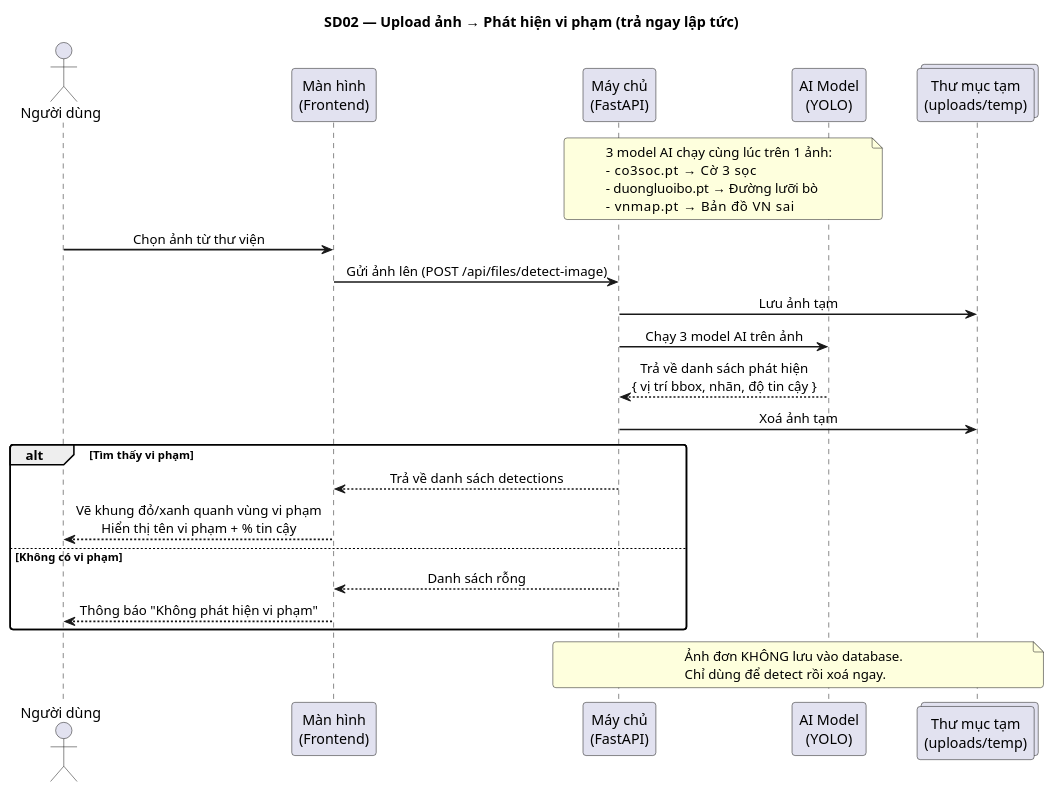
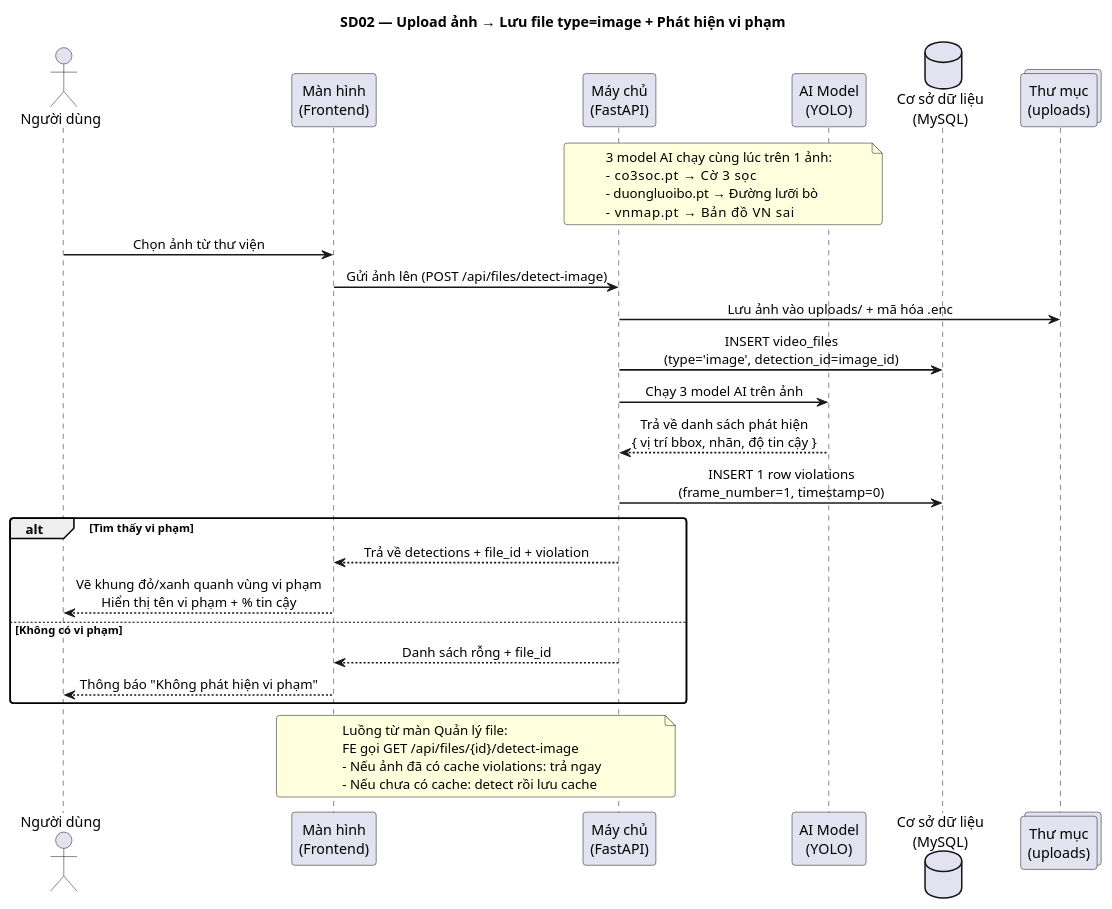
One commit to giangmichy/Do_an changed the second of 7 diagrams in 3SOC_Sequence_Diagrams_QA.puml. Above: the diagram before and after it, drawn with PlantUML. The commit also changed other lines of this file and 14 other files, not shown here.

```diff
--- a/3SOC_Sequence_Diagrams_QA.puml
+++ b/3SOC_Sequence_Diagrams_QA.puml
@@ -53,43 +53,47 @@
 @startuml SD02_DetectAnh
-title SD02 — Upload ảnh → Phát hiện vi phạm (trả ngay lập tức)
+title SD02 — Upload ảnh → Lưu file type=image + Phát hiện vi phạm
 
 skinparam sequenceMessageAlign center
 skinparam ParticipantPadding 20
 skinparam BoxPadding 10
 skinparam sequenceArrowThickness 1.5
 skinparam roundcorner 6
 
 actor       "Người dùng" as User
 participant "Màn hình\n(Frontend)"  as FE
 participant "Máy chủ\n(FastAPI)"    as BE
 participant "AI Model\n(YOLO)"     as AI
-collections "Thư mục tạm\n(uploads/temp)" as Disk
+database    "Cơ sở dữ liệu\n(MySQL)" as DB
+collections "Thư mục\n(uploads)" as Disk
 
 note over BE, AI
   3 model AI chạy cùng lúc trên 1 ảnh:
   - co3soc.pt     → Cờ 3 sọc
   - duongluoibo.pt → Đường lưỡi bò
   - vnmap.pt      → Bản đồ VN sai
 end note
 
 User -> FE : Chọn ảnh từ thư viện
 FE -> BE : Gửi ảnh lên (POST /api/files/detect-image)
-BE -> Disk : Lưu ảnh tạm
+BE -> Disk : Lưu ảnh vào uploads/ + mã hóa .enc
+BE -> DB : INSERT video_files\n(type='image', detection_id=image_id)
 BE -> AI : Chạy 3 model AI trên ảnh
 AI --> BE : Trả về danh sách phát hiện\n{ vị trí bbox, nhãn, độ tin cậy }
-BE -> Disk : Xoá ảnh tạm
+BE -> DB : INSERT 1 row violations\n(frame_number=1, timestamp=0)
 
 alt Tìm thấy vi phạm
-    BE --> FE : Trả về danh sách detections
+    BE --> FE : Trả về detections + file_id + violation
     FE --> User : Vẽ khung đỏ/xanh quanh vùng vi phạm\nHiển thị tên vi phạm + % tin cậy
 else Không có vi phạm
-    BE --> FE : Danh sách rỗng
+    BE --> FE : Danh sách rỗng + file_id
     FE --> User : Thông báo "Không phát hiện vi phạm"
 end
 
-note over BE, Disk
-  Ảnh đơn KHÔNG lưu vào database.
-  Chỉ dùng để detect rồi xoá ngay.
+note over FE, BE
+  Luồng từ màn Quản lý file:
+  FE gọi GET /api/files/{id}/detect-image
+  - Nếu ảnh đã có cache violations: trả ngay
+  - Nếu chưa có cache: detect rồi lưu cache
 end note
 
 @enduml
```
